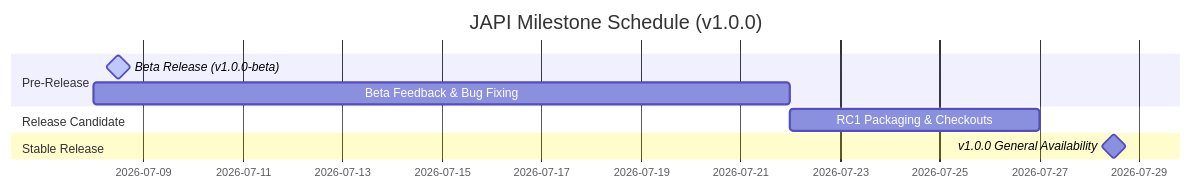
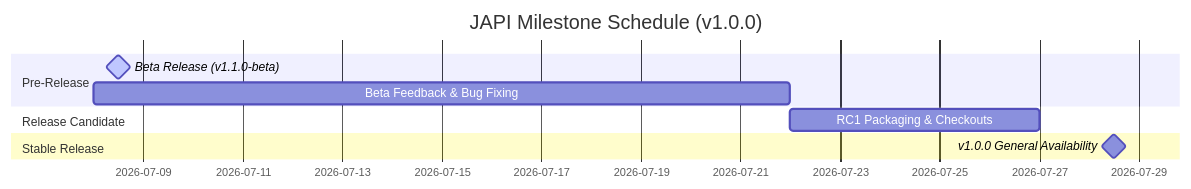
One commit to ncrkindia/api-banker changed the diagram in release_plan.md. Above: the diagram before and after it, drawn with Mermaid. The commit also changed other lines of this file and 19 other files, not shown here.

````diff
--- a/release_plan.md
+++ b/release_plan.md
@@ -95,12 +95,12 @@
 ```mermaid
 gantt
     title JAPI Milestone Schedule (v1.0.0)
     dateFormat  YYYY-MM-DD
     section Pre-Release
-    Beta Release (v1.0.0-beta)     :active, milestone, 2026-07-08, 1d
+    Beta Release (v1.1.0-beta)     :active, milestone, 2026-07-08, 1d
     Beta Feedback & Bug Fixing    :2026-07-08, 14d
     section Release Candidate
     RC1 Packaging & Checkouts     :2026-07-22, 5d
     section Stable Release
     v1.0.0 General Availability   :milestone, 2026-07-28, 1d
 ```
````
